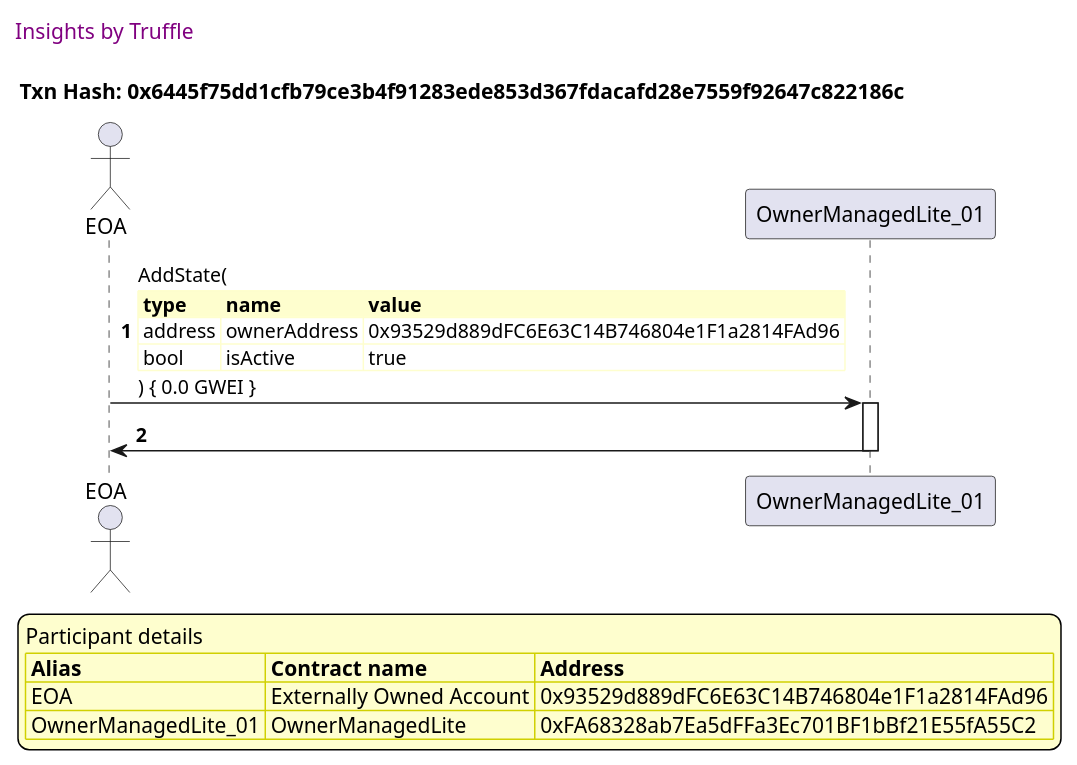
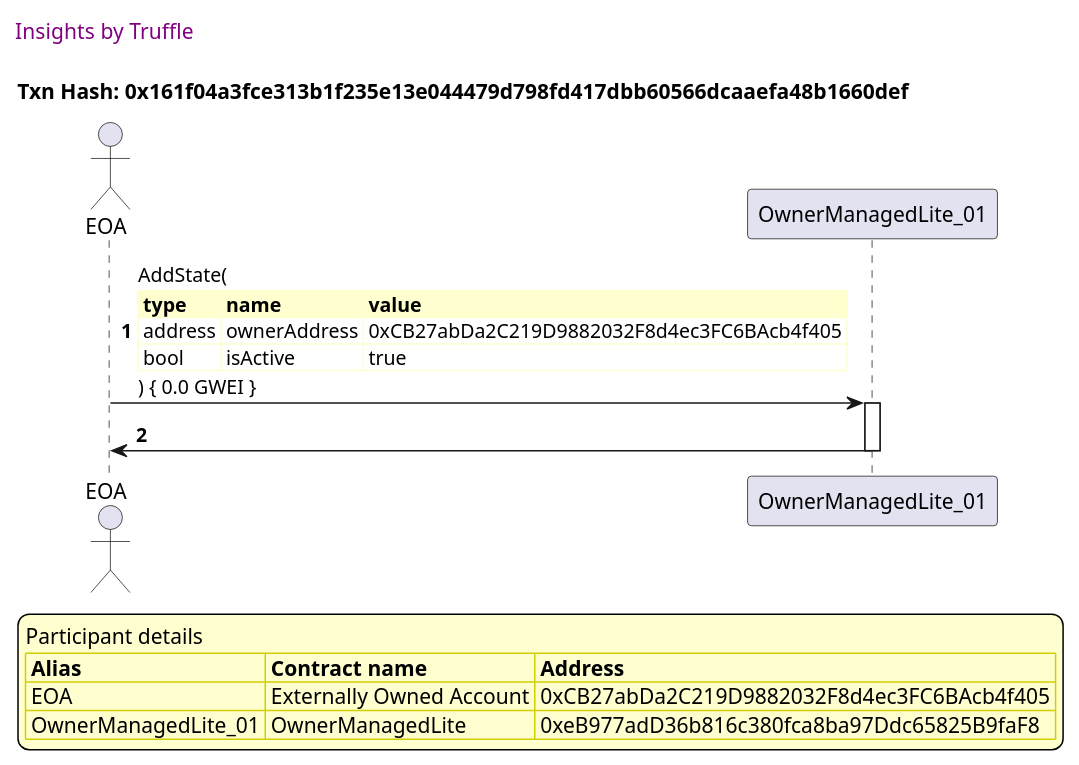
The fourth of 9 diagrams in truffle-seq/OwnerManagedLite_test_add_state.md (thedarkjester/ConsensysAssignment), drawn with PlantUML before and after one commit. The commit also changed other lines of this file and 13 other files, not shown here.

````diff
--- a/truffle-seq/OwnerManagedLite_test_add_state.md
+++ b/truffle-seq/OwnerManagedLite_test_add_state.md
@@ -154,41 +154,41 @@
 ```plantuml
 
 
 @startuml
 
 autonumber
 skinparam legendBackgroundColor #FEFECE
 
 <style>
       header {
         HorizontalAlignment left
         FontColor purple
         FontSize 14
         Padding 10
       }
     </style>
 
 header Insights by Truffle
 
-title Txn Hash: 0x6445f75dd1cfb79ce3b4f91283ede853d367fdacafd28e7559f92647c822186c
+title Txn Hash: 0x161f04a3fce313b1f235e13e044479d798fd417dbb60566dcaaefa48b1660def
 
 
 actor EOA as "EOA"
 participant OwnerManagedLite_01 as "OwnerManagedLite_01"
 
 "EOA" -> "OwnerManagedLite_01" ++: AddState(\n\
 <#FEFECE,#FEFECE>|= type |= name |= value |\n\
-| address | ownerAddress | 0x93529d889dFC6E63C14B746804e1F1a2814FAd96 |\n\
+| address | ownerAddress | 0xCB27abDa2C219D9882032F8d4ec3FC6BAcb4f405 |\n\
 | bool | isActive | true |\n\
 ) { 0.0 GWEI }
 "OwnerManagedLite_01" -> "EOA" --: 
 
 legend
 Participant details
 <#FEFECE,#D0D000>|= Alias |= Contract name |= Address |
-<#FEFECE>| EOA | Externally Owned Account | 0x93529d889dFC6E63C14B746804e1F1a2814FAd96 |
-<#FEFECE>| OwnerManagedLite_01 | OwnerManagedLite | 0xFA68328ab7Ea5dFFa3Ec701BF1bBf21E55fA55C2 |
+<#FEFECE>| EOA | Externally Owned Account | 0xCB27abDa2C219D9882032F8d4ec3FC6BAcb4f405 |
+<#FEFECE>| OwnerManagedLite_01 | OwnerManagedLite | 0xeB977adD36b816c380fca8ba97Ddc65825B9faF8 |
 endlegend
 
 @enduml
 ```
````
